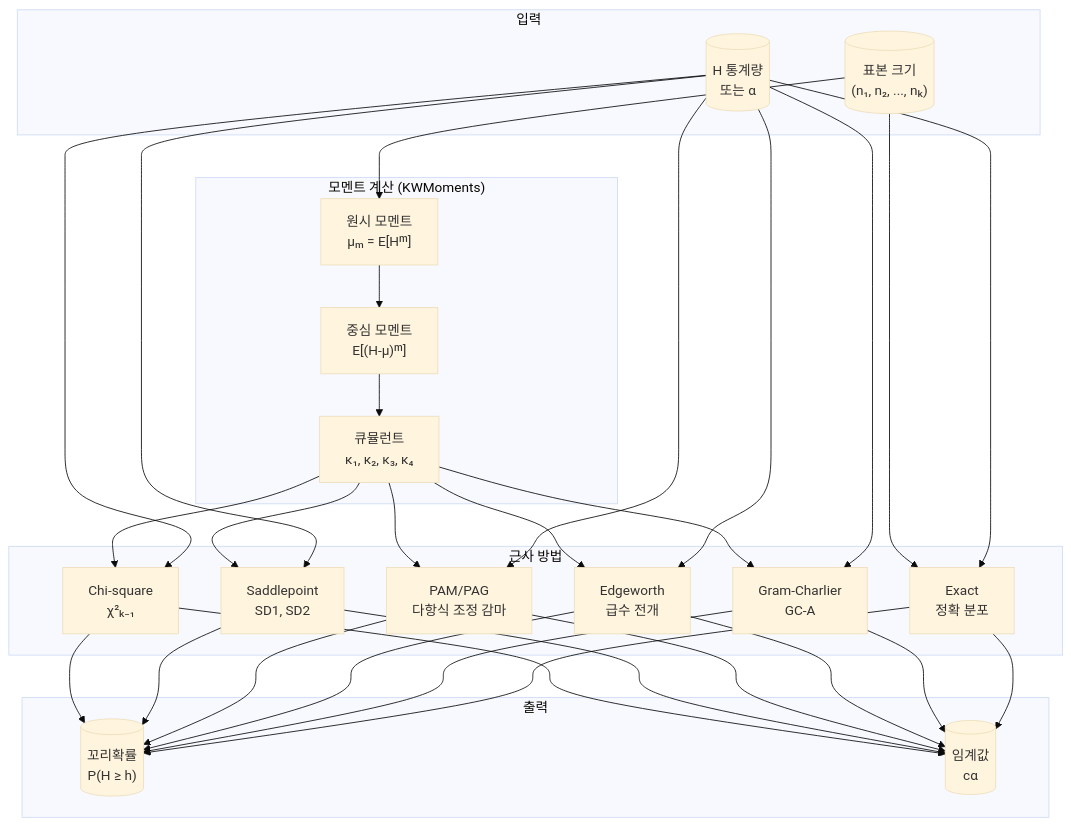
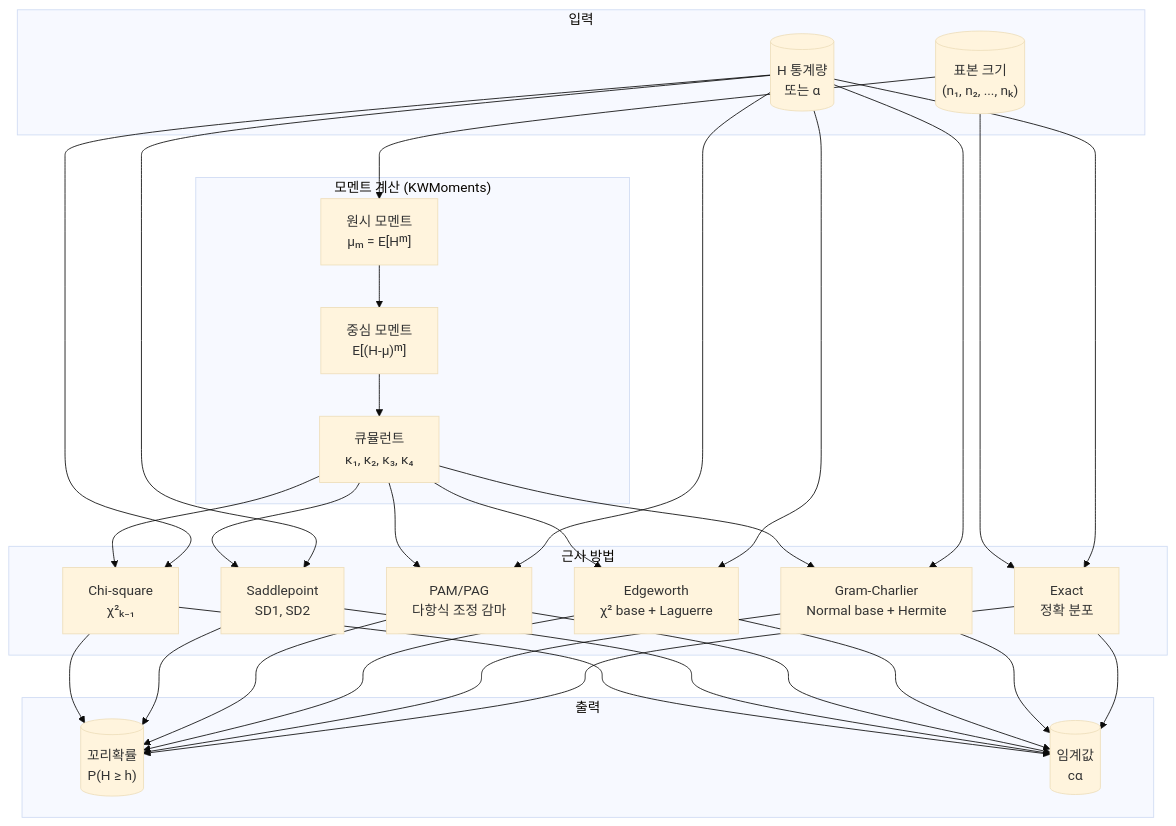
Before and after one commit to zongseung/KS-test: the first of 4 diagrams in README.md, drawn with Mermaid (base theme). The commit also changed other lines of this file, not shown here.

````diff
--- a/README.md
+++ b/README.md
@@ -52,35 +52,35 @@
 ```mermaid
 flowchart TB
     subgraph Input["입력"]
         A[("표본 크기<br/>(n₁, n₂, ..., nₖ)")]
         B[("H 통계량<br/>또는 α")]
     end
 
     subgraph Moments["모멘트 계산 (KWMoments)"]
         C["원시 모멘트<br/>μₘ = E[Hᵐ]"]
         D["중심 모멘트<br/>E[(H-μ)ᵐ]"]
         E["큐뮬런트<br/>κ₁, κ₂, κ₃, κ₄"]
     end
 
     subgraph Methods["근사 방법"]
         F["Chi-square<br/>χ²ₖ₋₁"]
         G["Saddlepoint<br/>SD1, SD2"]
         H["PAM/PAG<br/>다항식 조정 감마"]
-        I["Edgeworth<br/>급수 전개"]
-        J["Gram-Charlier<br/>GC-A"]
+        I["Edgeworth<br/>χ² base + Laguerre"]
+        J["Gram-Charlier<br/>Normal base + Hermite"]
         K["Exact<br/>정확 분포"]
     end
 
     subgraph Output["출력"]
         L[("꼬리확률<br/>P(H ≥ h)")]
         M[("임계값<br/>cα")]
     end
 
     A --> C
     C --> D
     D --> E
     E --> F & G & H & I & J
     A --> K
     B --> F & G & H & I & J & K
     F & G & H & I & J & K --> L & M
 ```
````
